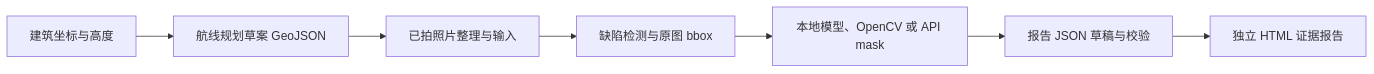
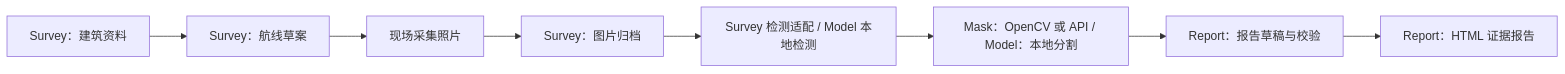
One commit to mo0407/FacadeFixer_mcp changed the diagram in README.md. Above: the diagram before and after it, drawn with Mermaid. The commit also changed other lines of this file, not shown here.

````diff
--- a/README.md
+++ b/README.md
@@ -7,9 +5,10 @@
 ```mermaid
 flowchart LR
-    A[建筑坐标与高度] --> B[航线规划草案 GeoJSON]
-    B --> C[已拍照片整理与输入]
-    C --> D[缺陷检测与原图 bbox]
-    D --> E[本地模型、OpenCV 或 API mask]
-    E --> F[报告 JSON 草稿与校验]
-    F --> G[独立 HTML 证据报告]
+    A[Survey：建筑资料] --> B[Survey：航线草案]
+    B --> C[现场采集照片]
+    C --> D[Survey：图片归档]
+    D --> E[Survey 检测适配 / Model 本地检测]
+    E --> F[Mask：OpenCV 或 API / Model：本地分割]
+    F --> G[Report：报告草稿与校验]
+    G --> H[Report：HTML 证据报告]
 ```
````
